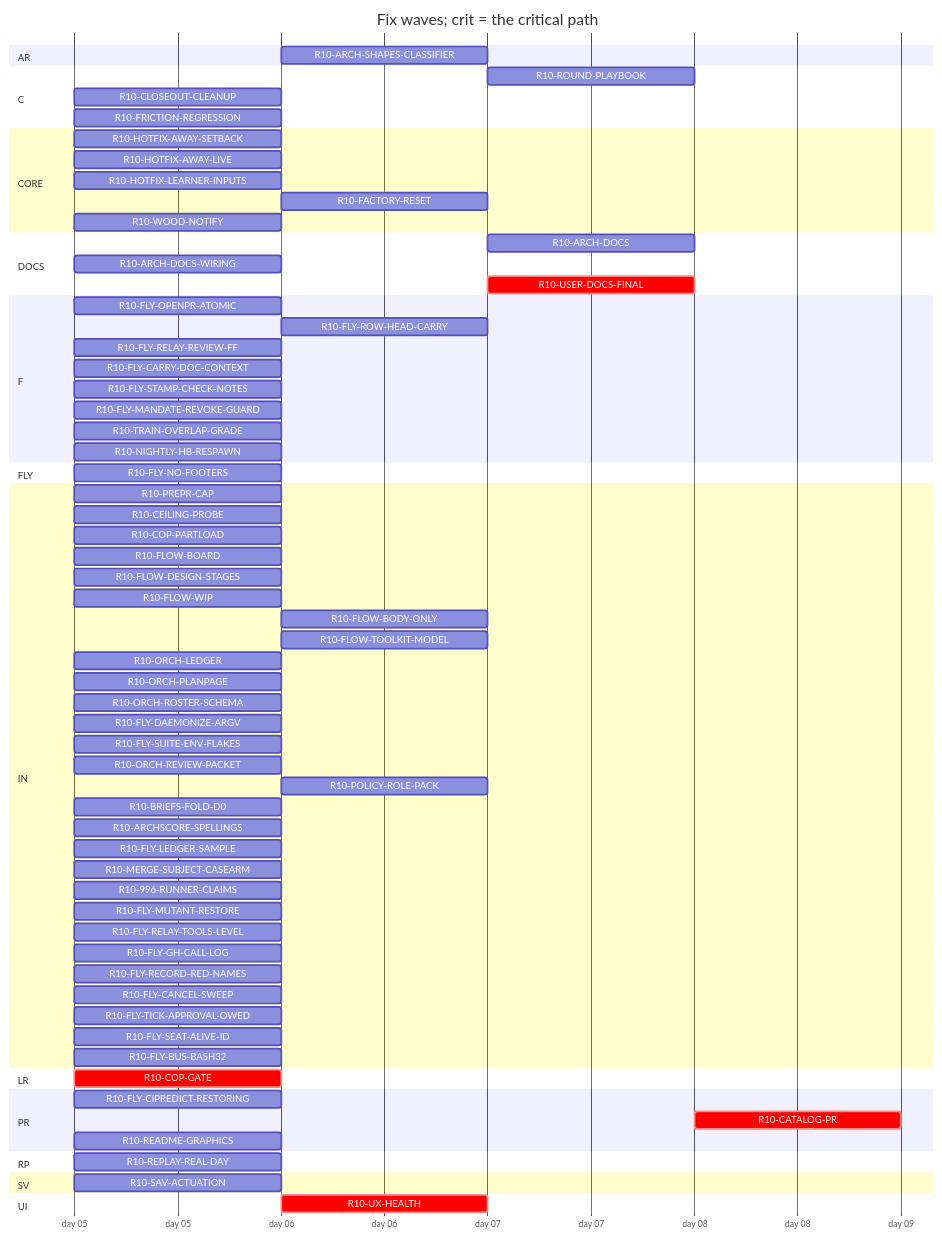
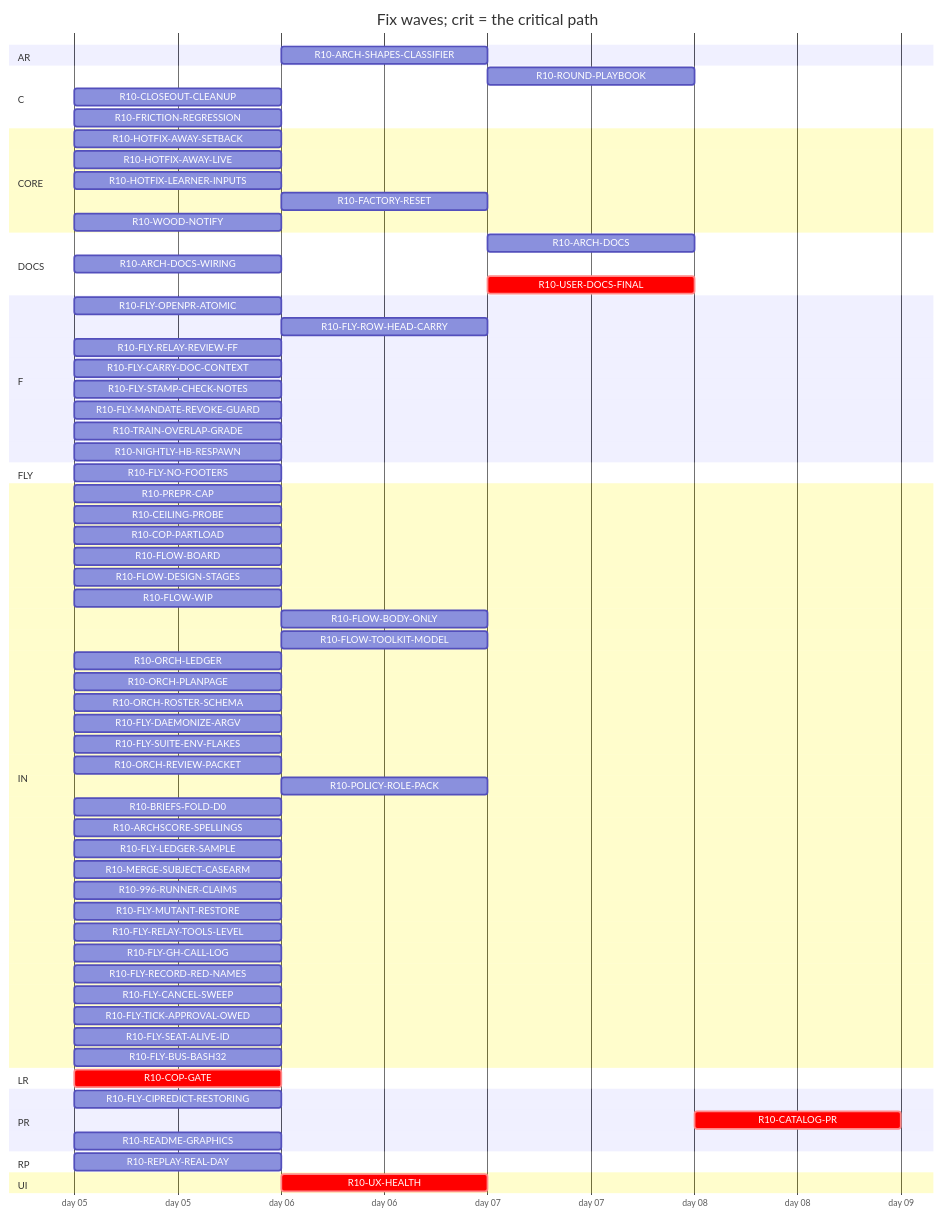
The diagram in handoff/round10/state/PLAN-TABLE.md (tvofi/heatpump_optimizer), drawn with Mermaid before and after one commit. The commit also changed other lines of this file and 3 other files, not shown here.

Commit message:
state: FLOW-BOARD.md, NEXT-SESSION-PROMPT.md, PLAN-TABLE.md, RESUME-CURRENT.md regenerated (state_docs.py)

````diff
--- a/handoff/round10/state/PLAN-TABLE.md
+++ b/handoff/round10/state/PLAN-TABLE.md
@@ -25,74 +24,72 @@
 ```mermaid
 gantt
   title Fix waves; crit = the critical path
   dateFormat YYYY-MM-DD
   axisFormat day %d
   section AR
     R10-ARCH-SHAPES-CLASSIFIER :r10ARCHSHAPESCLASSIFIER, after r10996RUNNERCLAIMS, 1d
   section C
     R10-ROUND-PLAYBOOK :r10ROUNDPLAYBOOK, after r10ORCHLEDGER r10ORCHPLANPAGE r10FLYRELAYREVIEWFF r10FLOWBODYONLY, 1d
     R10-CLOSEOUT-CLEANUP :r10CLOSEOUTCLEANUP, 2026-01-05, 1d
     R10-FRICTION-REGRESSION :r10FRICTIONREGRESSION, 2026-01-05, 1d
   section CORE
     R10-HOTFIX-AWAY-SETBACK :r10HOTFIXAWAYSETBACK, 2026-01-05, 1d
     R10-HOTFIX-AWAY-LIVE :r10HOTFIXAWAYLIVE, 2026-01-05, 1d
     R10-HOTFIX-LEARNER-INPUTS :r10HOTFIXLEARNERINPUTS, 2026-01-05, 1d
     R10-FACTORY-RESET :r10FACTORYRESET, after r10HOTFIXLEARNERINPUTS, 1d
     R10-WOOD-NOTIFY :r10WOODNOTIFY, 2026-01-05, 1d
   section DOCS
-    R10-ARCH-DOCS :r10ARCHDOCS, after r10COPGATE r10UXHEALTH r10CEILINGPROBE r10COPPARTLOAD r10FLOWBOARD r10FLOWDESIGNSTAGES r10FLOWWIP r10FLOWBODYONLY r10FLYOPENPRATOMIC r10FLYROWHEADCARRY r10FLYRELAYREVIEWFF r10FLYCARRYDOCCONTEXT r10FLOWTOOLKITMODEL r10FLYSTAMPCHECKNOTES r10FLYMANDATEREVOKEGUARD r10TRAINOVERLAPGRADE r10NIGHTLYHBRESPAWN r10ORCHLEDGER r10ORCHPLANPAGE r10ORCHROSTERSCHEMA r10FLYDAEMONIZEARGV r10ORCHREVIEWPACKET r10POLICYROLEPACK r10BRIEFSFOLDD0 r10REPLAYREALDAY r10ARCHSCORESPELLINGS r10SAVACTUATION r10FLYLEDGERSAMPLE r10READMEGRAPHICS, 1d
+    R10-ARCH-DOCS :r10ARCHDOCS, after r10COPGATE r10UXHEALTH r10CEILINGPROBE r10COPPARTLOAD r10FLOWBOARD r10FLOWDESIGNSTAGES r10FLOWWIP r10FLOWBODYONLY r10FLYOPENPRATOMIC r10FLYROWHEADCARRY r10FLYRELAYREVIEWFF r10FLYCARRYDOCCONTEXT r10FLOWTOOLKITMODEL r10FLYSTAMPCHECKNOTES r10FLYMANDATEREVOKEGUARD r10TRAINOVERLAPGRADE r10NIGHTLYHBRESPAWN r10ORCHLEDGER r10ORCHPLANPAGE r10ORCHROSTERSCHEMA r10FLYDAEMONIZEARGV r10ORCHREVIEWPACKET r10POLICYROLEPACK r10BRIEFSFOLDD0 r10REPLAYREALDAY r10ARCHSCORESPELLINGS r10FLYLEDGERSAMPLE r10READMEGRAPHICS, 1d
     R10-ARCH-DOCS-WIRING :r10ARCHDOCSWIRING, 2026-01-05, 1d
-    R10-USER-DOCS-FINAL :crit, r10USERDOCSFINAL, after r10COPGATE r10UXHEALTH r10CEILINGPROBE r10COPPARTLOAD r10FLOWBOARD r10FLOWDESIGNSTAGES r10FLOWWIP r10FLOWBODYONLY r10FLYOPENPRATOMIC r10FLYROWHEADCARRY r10FLYRELAYREVIEWFF r10FLYCARRYDOCCONTEXT r10FLOWTOOLKITMODEL r10FLYSTAMPCHECKNOTES r10FLYMANDATEREVOKEGUARD r10TRAINOVERLAPGRADE r10NIGHTLYHBRESPAWN r10ORCHLEDGER r10ORCHPLANPAGE r10ORCHROSTERSCHEMA r10FLYDAEMONIZEARGV r10ORCHREVIEWPACKET r10POLICYROLEPACK r10BRIEFSFOLDD0 r10REPLAYREALDAY r10ARCHSCORESPELLINGS r10SAVACTUATION r10FLYLEDGERSAMPLE r10READMEGRAPHICS r10HOTFIXAWAYLIVE r10HOTFIXAWAYSETBACK r10HOTFIXLEARNERINPUTS r10FACTORYRESET r10WOODNOTIFY r10ARCHDOCSWIRING, 1d
+    R10-USER-DOCS-FINAL :crit, r10USERDOCSFINAL, after r10COPGATE r10UXHEALTH r10CEILINGPROBE r10COPPARTLOAD r10FLOWBOARD r10FLOWDESIGNSTAGES r10FLOWWIP r10FLOWBODYONLY r10FLYOPENPRATOMIC r10FLYROWHEADCARRY r10FLYRELAYREVIEWFF r10FLYCARRYDOCCONTEXT r10FLOWTOOLKITMODEL r10FLYSTAMPCHECKNOTES r10FLYMANDATEREVOKEGUARD r10TRAINOVERLAPGRADE r10NIGHTLYHBRESPAWN r10ORCHLEDGER r10ORCHPLANPAGE r10ORCHROSTERSCHEMA r10FLYDAEMONIZEARGV r10ORCHREVIEWPACKET r10POLICYROLEPACK r10BRIEFSFOLDD0 r10REPLAYREALDAY r10ARCHSCORESPELLINGS r10FLYLEDGERSAMPLE r10READMEGRAPHICS r10HOTFIXAWAYLIVE r10HOTFIXAWAYSETBACK r10HOTFIXLEARNERINPUTS r10FACTORYRESET r10WOODNOTIFY r10ARCHDOCSWIRING, 1d
   section F
     R10-FLY-OPENPR-ATOMIC :r10FLYOPENPRATOMIC, 2026-01-05, 1d
     R10-FLY-ROW-HEAD-CARRY :r10FLYROWHEADCARRY, after r10FLYOPENPRATOMIC, 1d
     R10-FLY-RELAY-REVIEW-FF :r10FLYRELAYREVIEWFF, 2026-01-05, 1d
     R10-FLY-CARRY-DOC-CONTEXT :r10FLYCARRYDOCCONTEXT, 2026-01-05, 1d
     R10-FLY-STAMP-CHECK-NOTES :r10FLYSTAMPCHECKNOTES, 2026-01-05, 1d
     R10-FLY-MANDATE-REVOKE-GUARD :r10FLYMANDATEREVOKEGUARD, 2026-01-05, 1d
     R10-TRAIN-OVERLAP-GRADE :r10TRAINOVERLAPGRADE, 2026-01-05, 1d
     R10-NIGHTLY-HB-RESPAWN :r10NIGHTLYHBRESPAWN, 2026-01-05, 1d
   section FLY
     R10-FLY-NO-FOOTERS :r10FLYNOFOOTERS, 2026-01-05, 1d
   section IN
     R10-PREPR-CAP :r10PREPRCAP, 2026-01-05, 1d
     R10-CEILING-PROBE :r10CEILINGPROBE, 2026-01-05, 1d
     R10-COP-PARTLOAD :r10COPPARTLOAD, 2026-01-05, 1d
     R10-FLOW-BOARD :r10FLOWBOARD, 2026-01-05, 1d
     R10-FLOW-DESIGN-STAGES :r10FLOWDESIGNSTAGES, 2026-01-05, 1d
     R10-FLOW-WIP :r10FLOWWIP, 2026-01-05, 1d
     R10-FLOW-BODY-ONLY :r10FLOWBODYONLY, after r10FLYOPENPRATOMIC, 1d
     R10-FLOW-TOOLKIT-MODEL :r10FLOWTOOLKITMODEL, after r10ORCHPLANPAGE, 1d
     R10-ORCH-LEDGER :r10ORCHLEDGER, 2026-01-05, 1d
     R10-ORCH-PLANPAGE :r10ORCHPLANPAGE, 2026-01-05, 1d
     R10-ORCH-ROSTER-SCHEMA :r10ORCHROSTERSCHEMA, 2026-01-05, 1d
     R10-FLY-DAEMONIZE-ARGV :r10FLYDAEMONIZEARGV, 2026-01-05, 1d
     R10-FLY-SUITE-ENV-FLAKES :r10FLYSUITEENVFLAKES, 2026-01-05, 1d
     R10-ORCH-REVIEW-PACKET :r10ORCHREVIEWPACKET, 2026-01-05, 1d
     R10-POLICY-ROLE-PACK :r10POLICYROLEPACK, after r10FLOWDESIGNSTAGES, 1d
     R10-BRIEFS-FOLD-D0 :r10BRIEFSFOLDD0, 2026-01-05, 1d
     R10-ARCHSCORE-SPELLINGS :r10ARCHSCORESPELLINGS, 2026-01-05, 1d
     R10-FLY-LEDGER-SAMPLE :r10FLYLEDGERSAMPLE, 2026-01-05, 1d
     R10-MERGE-SUBJECT-CASEARM :r10MERGESUBJECTCASEARM, 2026-01-05, 1d
     R10-996-RUNNER-CLAIMS :r10996RUNNERCLAIMS, 2026-01-05, 1d
     R10-FLY-MUTANT-RESTORE :r10FLYMUTANTRESTORE, 2026-01-05, 1d
     R10-FLY-RELAY-TOOLS-LEVEL :r10FLYRELAYTOOLSLEVEL, 2026-01-05, 1d
     R10-FLY-GH-CALL-LOG :r10FLYGHCALLLOG, 2026-01-05, 1d
     R10-FLY-RECORD-RED-NAMES :r10FLYRECORDREDNAMES, 2026-01-05, 1d
     R10-FLY-CANCEL-SWEEP :r10FLYCANCELSWEEP, 2026-01-05, 1d
     R10-FLY-TICK-APPROVAL-OWED :r10FLYTICKAPPROVALOWED, 2026-01-05, 1d
     R10-FLY-SEAT-ALIVE-ID :r10FLYSEATALIVEID, 2026-01-05, 1d
     R10-FLY-BUS-BASH32 :r10FLYBUSBASH32, 2026-01-05, 1d
   section LR
     R10-COP-GATE :crit, r10COPGATE, 2026-01-05, 1d
   section PR
     R10-FLY-CIPREDICT-RESTORING :r10FLYCIPREDICTRESTORING, 2026-01-05, 1d
     R10-CATALOG-PR :crit, r10CATALOGPR, after r10READMEGRAPHICS r10USERDOCSFINAL, 1d
     R10-README-GRAPHICS :r10READMEGRAPHICS, 2026-01-05, 1d
   section RP
     R10-REPLAY-REAL-DAY :r10REPLAYREALDAY, 2026-01-05, 1d
-  section SV
-    R10-SAV-ACTUATION :r10SAVACTUATION, 2026-01-05, 1d
   section UI
     R10-UX-HEALTH :crit, r10UXHEALTH, after r10COPGATE, 1d
 ```
````
